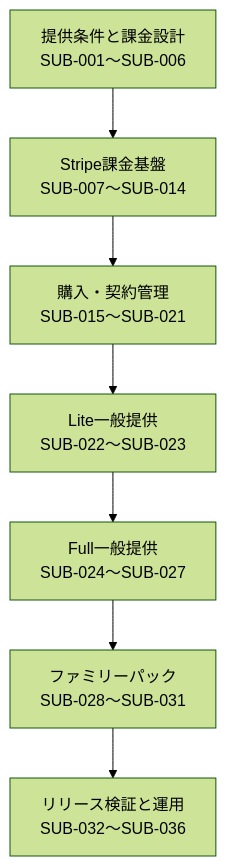
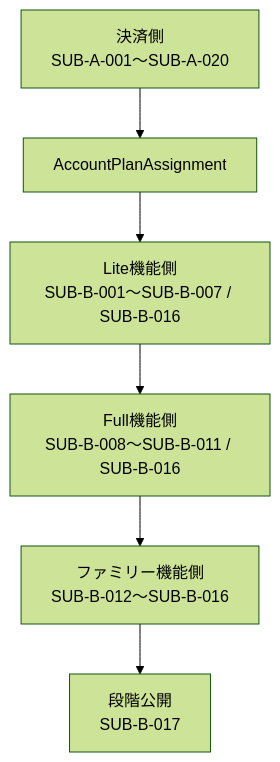
Before and after one commit to kkyosuke/me-builder: the third of 3 diagrams in docs/development/subscription-remaining-tasks.md, drawn with Mermaid (forest theme). The commit also changed other lines of this file and 2 other files, not shown here.

````diff
--- a/docs/development/subscription-remaining-tasks.md
+++ b/docs/development/subscription-remaining-tasks.md
@@ -67,9 +99,8 @@
 ```mermaid
 flowchart TD
-    A[提供条件と課金設計<br/>SUB-001〜SUB-006] --> B[Stripe課金基盤<br/>SUB-007〜SUB-014]
-    B --> C[購入・契約管理<br/>SUB-015〜SUB-021]
-    C --> D[Lite一般提供<br/>SUB-022〜SUB-023]
-    D --> E[Full一般提供<br/>SUB-024〜SUB-027]
-    E --> F[ファミリーパック<br/>SUB-028〜SUB-031]
-    F --> G[リリース検証と運用<br/>SUB-032〜SUB-036]
+    A[決済側<br/>SUB-A-001〜SUB-A-020] --> I[AccountPlanAssignment]
+    I --> L[Lite機能側<br/>SUB-B-001〜SUB-B-007 / SUB-B-016]
+    L --> U[Full機能側<br/>SUB-B-008〜SUB-B-011 / SUB-B-016]
+    U --> F[ファミリー機能側<br/>SUB-B-012〜SUB-B-016]
+    F --> R[段階公開<br/>SUB-B-017]
 ```
````
